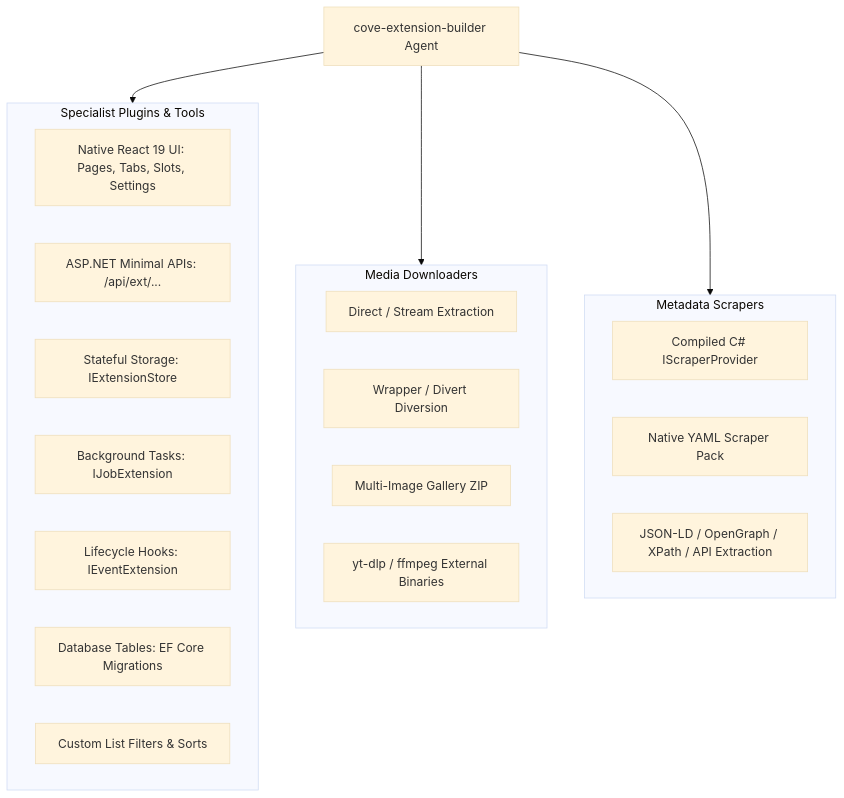
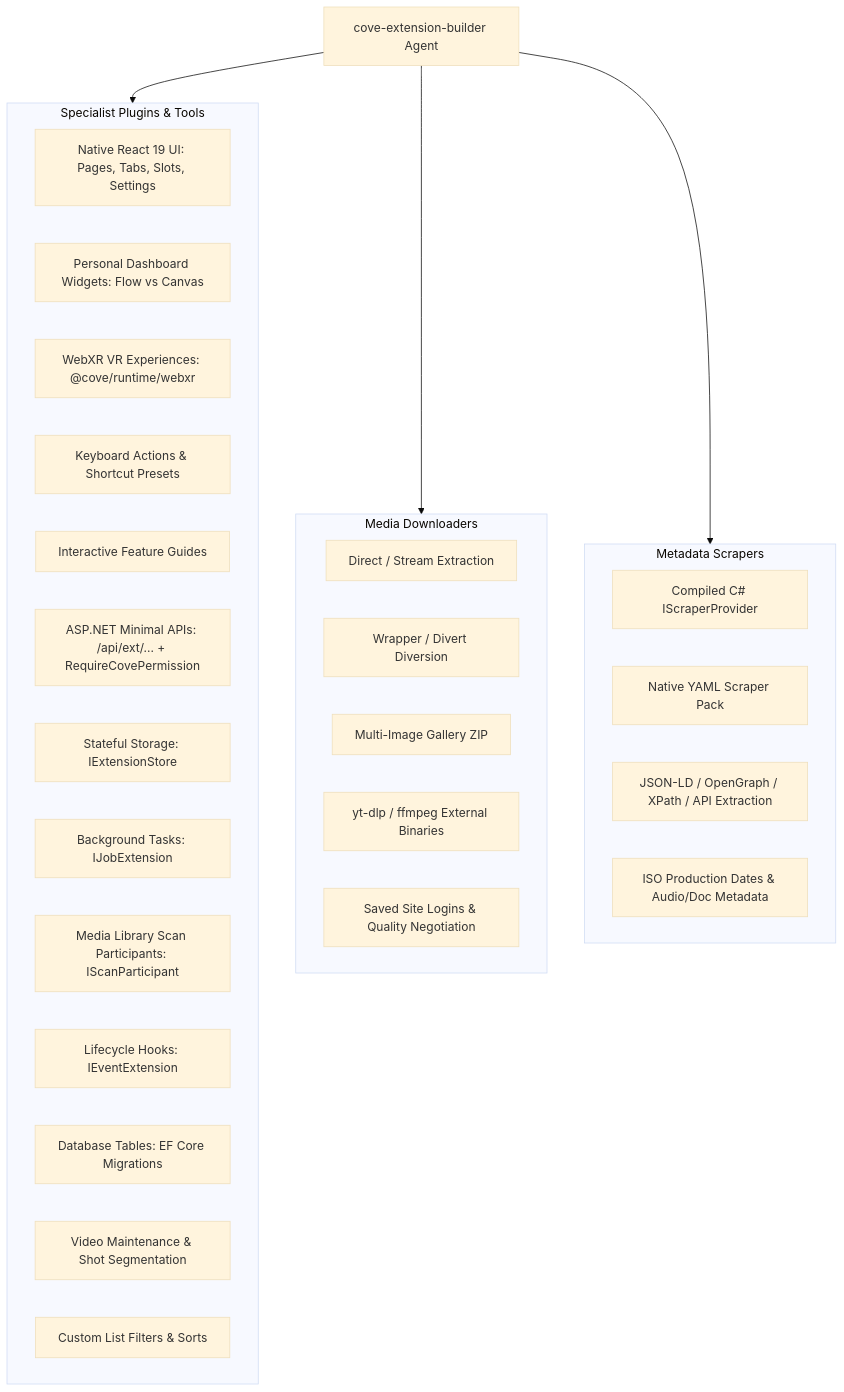
The diagram in README.md (otter-twunk/cove-extension-builder), drawn with Mermaid (base theme) before and after one commit. The commit also changed other lines of this file and 11 other files, not shown here.

Commit message:
feat: update Cove API surface contracts, add sync automation and guide

````diff
--- a/README.md
+++ b/README.md
@@ -15,29 +15,37 @@
 ```mermaid
 graph TD
     Builder[cove-extension-builder Agent] --> Plugins[cove-plugin-authoring Skill]
     Builder --> Downloaders[cove-downloader-authoring Skill]
     Builder --> Scrapers[cove-scraper-authoring Skill]
 
     subgraph Plugins[Specialist Plugins & Tools]
         UI[Native React 19 UI: Pages, Tabs, Slots, Settings]
-        API[ASP.NET Minimal APIs: /api/ext/...]
+        Dash[Personal Dashboard Widgets: Flow vs Canvas]
+        XR[WebXR VR Experiences: @cove/runtime/webxr]
+        Keys[Keyboard Actions & Shortcut Presets]
+        Guides[Interactive Feature Guides]
+        API[ASP.NET Minimal APIs: /api/ext/... + RequireCovePermission]
         State[Stateful Storage: IExtensionStore]
         Jobs[Background Tasks: IJobExtension]
+        Scan[Media Library Scan Participants: IScanParticipant]
         Events[Lifecycle Hooks: IEventExtension]
         Data[Database Tables: EF Core Migrations]
+        Maint[Video Maintenance & Shot Segmentation]
         Filters[Custom List Filters & Sorts]
     end
 
     subgraph Downloaders[Media Downloaders]
         DDirect[Direct / Stream Extraction]
         DDivert[Wrapper / Divert Diversion]
         DGallery[Multi-Image Gallery ZIP]
         DExternal[yt-dlp / ffmpeg External Binaries]
+        DAuth[Saved Site Logins & Quality Negotiation]
     end
 
     subgraph Scrapers[Metadata Scrapers]
         CSharpScraper[Compiled C# IScraperProvider]
         YamlScraper[Native YAML Scraper Pack]
         JSONLD[JSON-LD / OpenGraph / XPath / API Extraction]
+        Dates[ISO Production Dates & Audio/Doc Metadata]
     end
 ```
````
